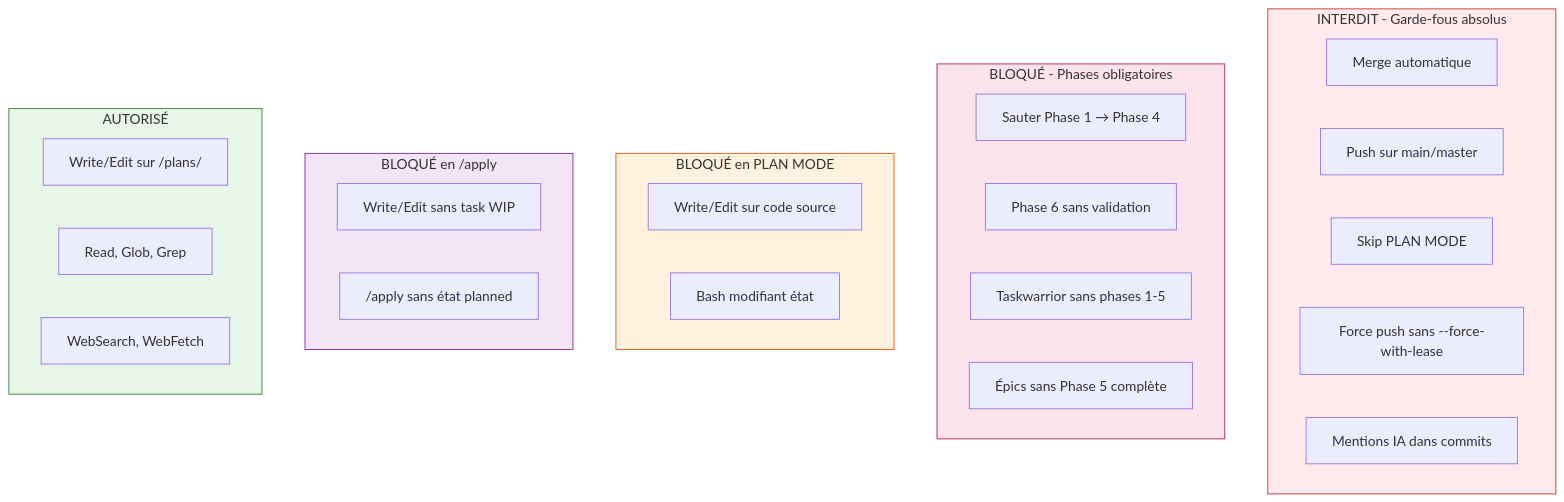
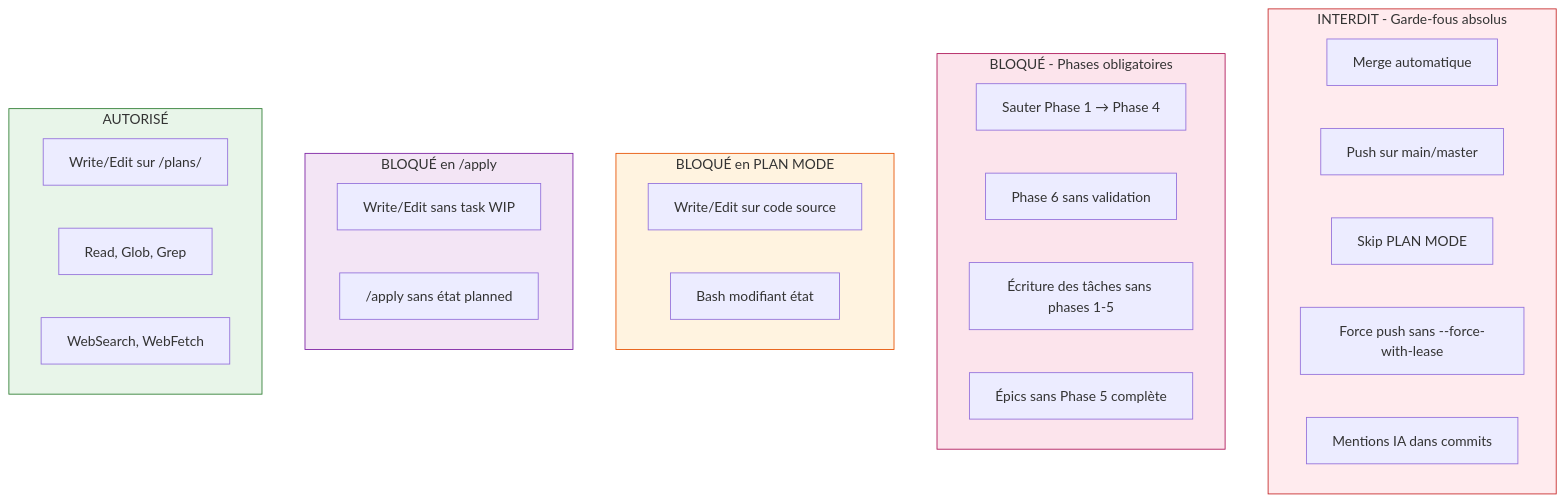
Before and after one commit to kodflow/status-line: the fifth of 10 diagrams in .devcontainer/docs/workflow-plan-apply.md, drawn with Mermaid. The commit also changed other lines of this file and 81 other files, not shown here.

````diff
--- a/.devcontainer/docs/workflow-plan-apply.md
+++ b/.devcontainer/docs/workflow-plan-apply.md
@@ -237,39 +237,39 @@
 ```mermaid
 flowchart TB
     subgraph Forbidden["INTERDIT - Garde-fous absolus"]
         F1["Merge automatique"]
         F2["Push sur main/master"]
         F3["Skip PLAN MODE"]
         F4["Force push sans --force-with-lease"]
         F5["Mentions IA dans commits"]
     end
 
     subgraph BlockedPhases["BLOQUÉ - Phases obligatoires"]
         PH1["Sauter Phase 1 → Phase 4"]
         PH2["Phase 6 sans validation"]
-        PH3["Taskwarrior sans phases 1-5"]
+        PH3["Écriture des tâches sans phases 1-5"]
         PH4["Épics sans Phase 5 complète"]
     end
 
     subgraph BlockedPlan["BLOQUÉ en PLAN MODE"]
         BP1["Write/Edit sur code source"]
         BP2["Bash modifiant état"]
     end
 
     subgraph BlockedApply["BLOQUÉ en /apply"]
         BA1["Write/Edit sans task WIP"]
         BA2["/apply sans état planned"]
     end
 
     subgraph Allowed["AUTORISÉ"]
         A1["Write/Edit sur /plans/"]
         A2["Read, Glob, Grep"]
         A3["WebSearch, WebFetch"]
     end
 
     style Forbidden fill:#ffebee,stroke:#c62828
     style BlockedPhases fill:#fce4ec,stroke:#ad1457
     style BlockedPlan fill:#fff3e0,stroke:#e65100
     style BlockedApply fill:#f3e5f5,stroke:#7b1fa2
     style Allowed fill:#e8f5e9,stroke:#2e7d32
 ```
````
